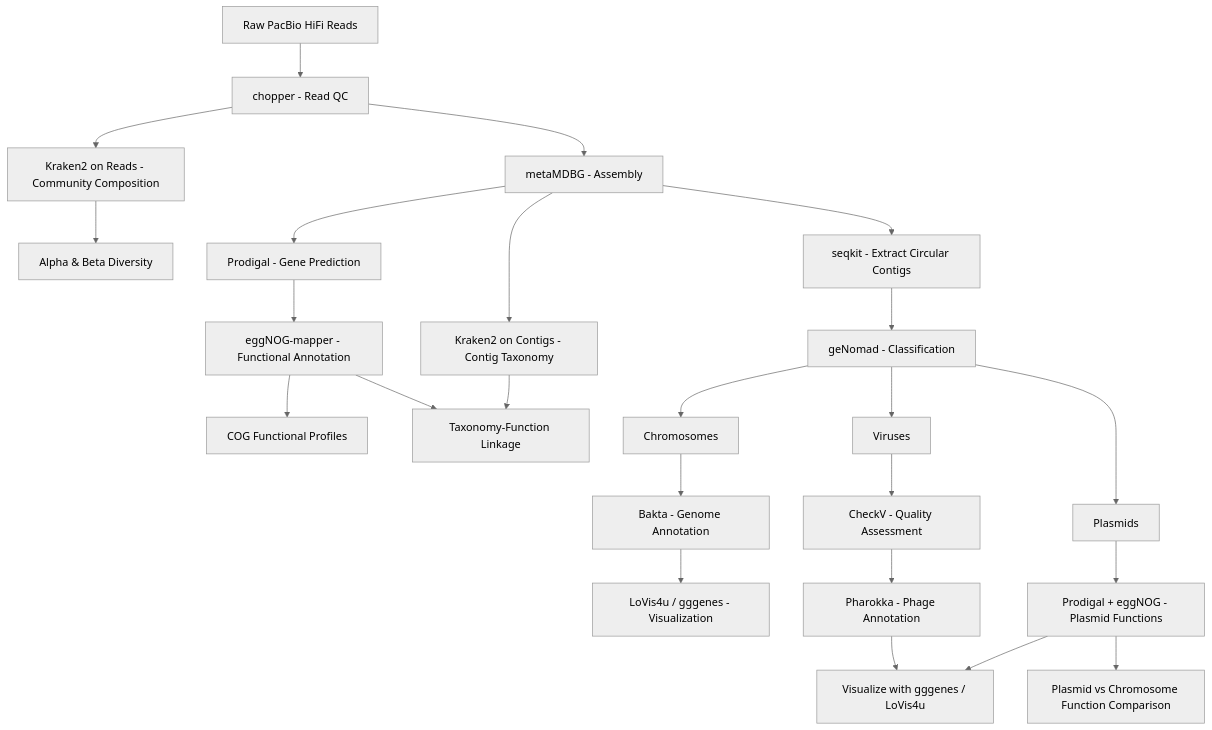
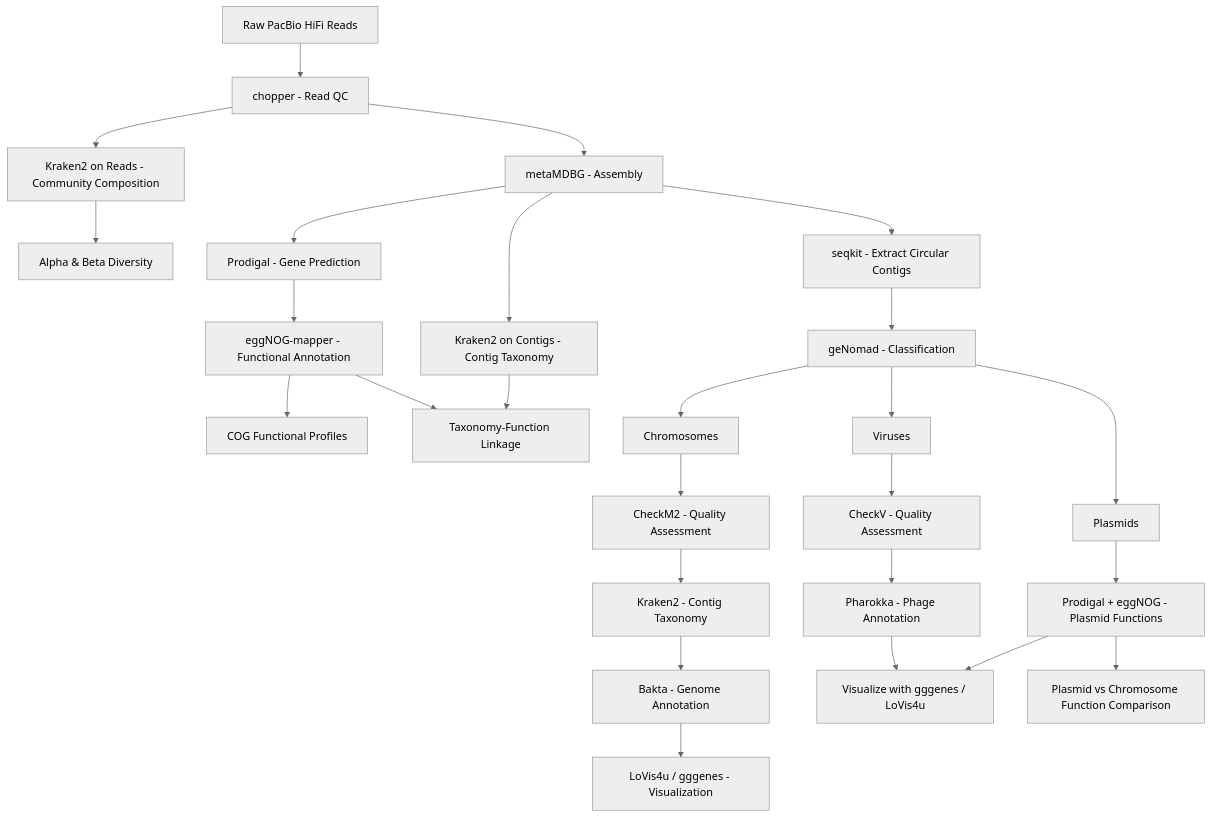
Before and after one commit to andrewbudge/biocrust_metagenomics: the diagram in biocrust_metagenomics.Rmd, drawn with Mermaid (neutral theme). The commit also changed other lines of this file and 39 other files, not shown here.

````diff
--- a/biocrust_metagenomics.Rmd
+++ b/biocrust_metagenomics.Rmd
@@ -305,26 +389,28 @@
 ```{mermaid}
 flowchart TD
     A[Raw PacBio HiFi Reads] --> B[chopper - Read QC]
     B --> C[Kraken2 on Reads - Community Composition]
     B --> D[metaMDBG - Assembly]
     C --> C1[Alpha & Beta Diversity]
     D --> E[Prodigal - Gene Prediction]
     E --> F[eggNOG-mapper - Functional Annotation]
     D --> G[Kraken2 on Contigs - Contig Taxonomy]
     D --> H[seqkit - Extract Circular Contigs]
     H --> I[geNomad - Classification]
     I --> J[Chromosomes]
     I --> K[Viruses]
     I --> L[Plasmids]
-    J --> M[Bakta - Genome Annotation]
+    J --> J1[CheckM2 - Quality Assessment]
+    J1 --> J2[Kraken2 - Contig Taxonomy]
+    J2 --> M[Bakta - Genome Annotation]
     M --> N[LoVis4u / gggenes - Visualization]
     K --> O[CheckV - Quality Assessment]
     O --> P[Pharokka - Phage Annotation]
     L --> Q[Prodigal + eggNOG - Plasmid Functions]
     F --> R[COG Functional Profiles]
     G --> S[Taxonomy-Function Linkage]
     F --> S
     P --> T[Visualize with gggenes / LoVis4u]
     Q --> T
     Q --> Q2[Plasmid vs Chromosome Function Comparison]
 ```
````
